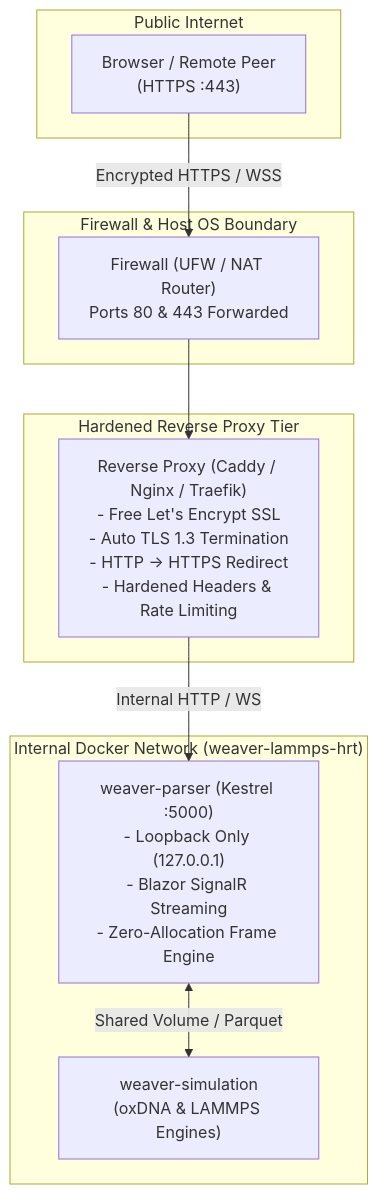
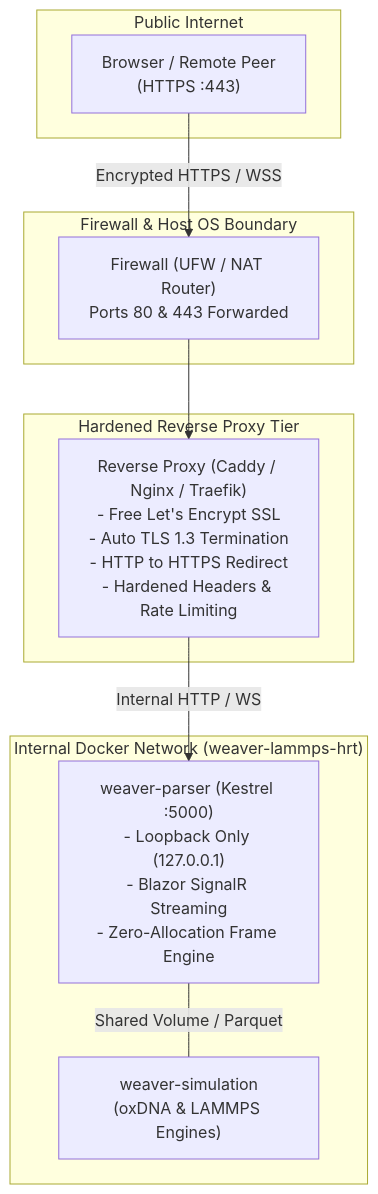
Before and after one commit to lantea-one/nanoweaver-hrt: the first of 2 diagrams in docs/secure-public-access.md, drawn with Mermaid. The commit also changed other lines of this file and 13 other files, not shown here.

Commit message:
docs: add formal scientific abstract and upgrade diagrams to mermaid across wiki

````diff
--- a/docs/secure-public-access.md
+++ b/docs/secure-public-access.md
@@ -16,24 +16,24 @@
 ```mermaid
 flowchart TD
     subgraph PublicInternet["Public Internet"]
-        Client["Browser / Remote Peer\n(HTTPS :443)"]
+        Client["Browser / Remote Peer<br>(HTTPS :443)"]
     end
 
     subgraph FirewallBoundary["Firewall & Host OS Boundary"]
-        Firewall["Firewall (UFW / NAT Router)\nPorts 80 & 443 Forwarded"]
+        Firewall["Firewall (UFW / NAT Router)<br>Ports 80 & 443 Forwarded"]
     end
 
     subgraph ReverseProxyTier["Hardened Reverse Proxy Tier"]
-        Proxy["Reverse Proxy (Caddy / Nginx / Traefik)\n- Free Let's Encrypt SSL\n- Auto TLS 1.3 Termination\n- HTTP -> HTTPS Redirect\n- Hardened Headers & Rate Limiting"]
+        Proxy["Reverse Proxy (Caddy / Nginx / Traefik)<br>- Free Let's Encrypt SSL<br>- Auto TLS 1.3 Termination<br>- HTTP to HTTPS Redirect<br>- Hardened Headers & Rate Limiting"]
     end
 
     subgraph DockerInternal["Internal Docker Network (weaver-lammps-hrt)"]
-        Parser["weaver-parser (Kestrel :5000)\n- Loopback Only (127.0.0.1)\n- Blazor SignalR Streaming\n- Zero-Allocation Frame Engine"]
-        Sim["weaver-simulation\n(oxDNA & LAMMPS Engines)"]
+        Parser["weaver-parser (Kestrel :5000)<br>- Loopback Only (127.0.0.1)<br>- Blazor SignalR Streaming<br>- Zero-Allocation Frame Engine"]
+        Sim["weaver-simulation<br>(oxDNA & LAMMPS Engines)"]
     end
 
     Client -->|Encrypted HTTPS / WSS| Firewall
     Firewall --> Proxy
     Proxy -->|Internal HTTP / WS| Parser
-    Parser <-->|Shared Volume / Parquet| Sim
+    Parser ---|Shared Volume / Parquet| Sim
 ```
````
